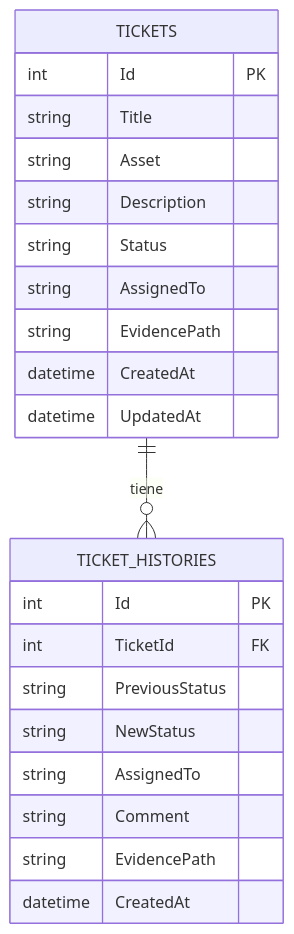
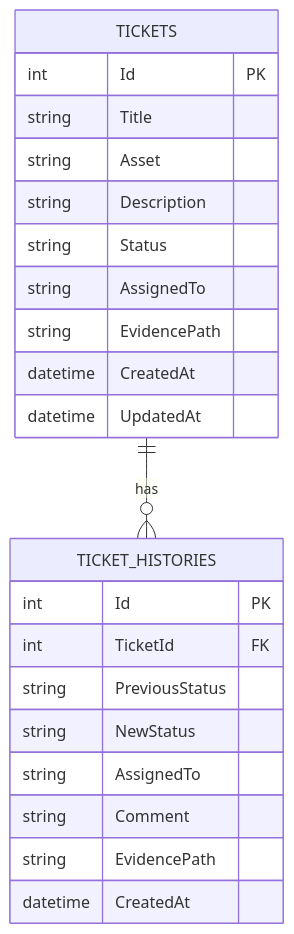
The first of 4 diagrams in README.md (Pablopiblo13/Fractal-Ticket-Control), drawn with Mermaid before and after one commit. The commit also changed other lines of this file, not shown here.

````diff
--- a/README.md
+++ b/README.md
@@ -66,27 +101,28 @@
 ```mermaid
 erDiagram
-    TICKETS ||--o{ TICKET_HISTORIES : tiene
+
+    TICKETS ||--o{ TICKET_HISTORIES : "has"
 
     TICKETS {
         int Id PK
         string Title
         string Asset
         string Description
         string Status
         string AssignedTo
         string EvidencePath
         datetime CreatedAt
         datetime UpdatedAt
     }
 
     TICKET_HISTORIES {
         int Id PK
         int TicketId FK
         string PreviousStatus
         string NewStatus
         string AssignedTo
         string Comment
         string EvidencePath
         datetime CreatedAt
     }
 ```
````
